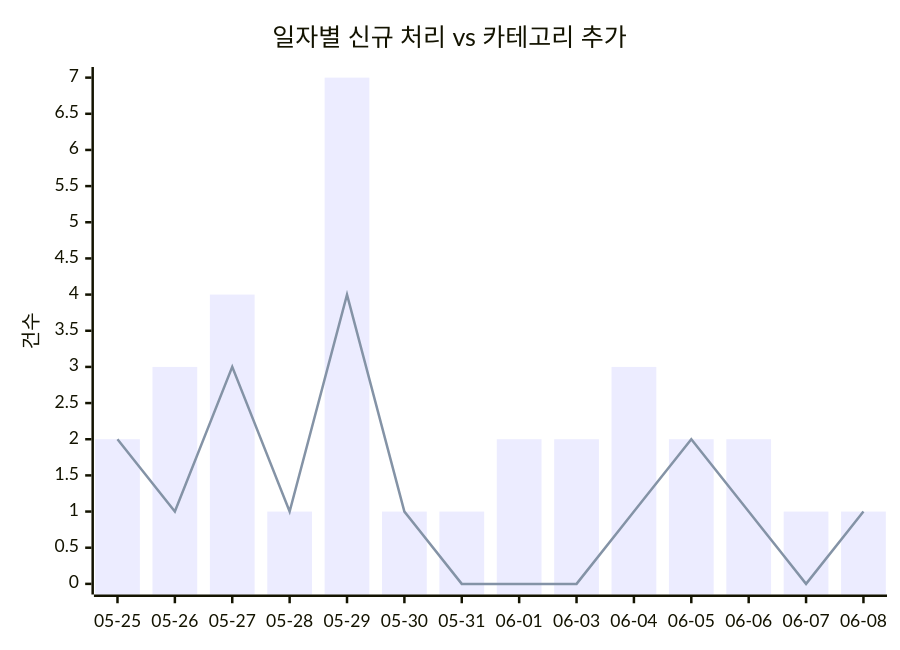
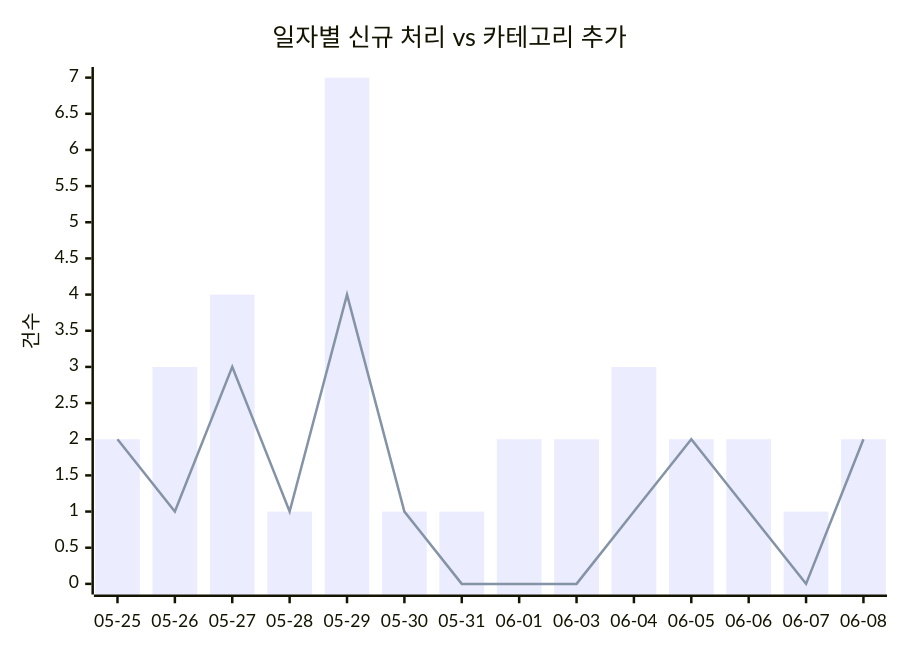
Before and after one commit to J-nowcow/awesome-korean-agent-skills: the first of 2 diagrams in docs/trends.md, drawn with Mermaid. The commit also changed other lines of this file and 4 other files, not shown here.

````diff
--- a/docs/trends.md
+++ b/docs/trends.md
@@ -32,8 +32,8 @@
 ```mermaid
 xychart-beta
     title "일자별 신규 처리 vs 카테고리 추가"
     x-axis ["05-25","05-26","05-27","05-28","05-29","05-30","05-31","06-01","06-03","06-04","06-05","06-06","06-07","06-08"]
     y-axis "건수"
-    bar [2,3,4,1,7,1,1,2,2,3,2,2,1,1]
-    line [2,1,3,1,4,1,0,0,0,1,2,1,0,1]
+    bar [2,3,4,1,7,1,1,2,2,3,2,2,1,2]
+    line [2,1,3,1,4,1,0,0,0,1,2,1,0,2]
 ```
````
